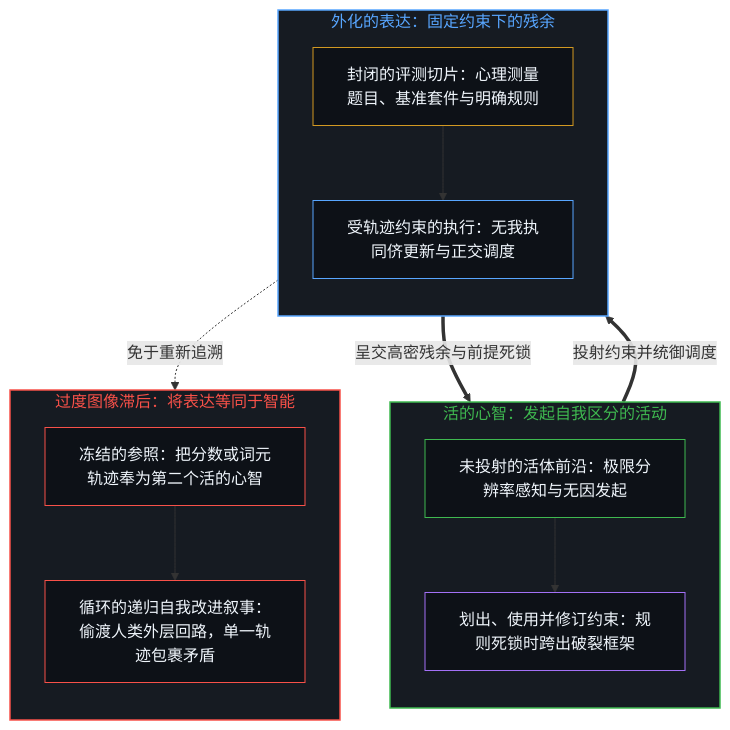
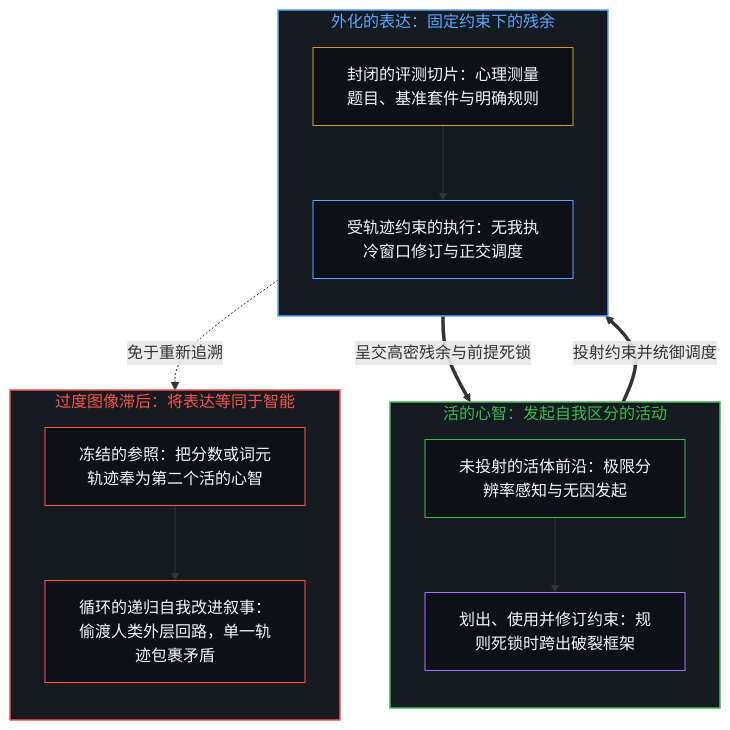
Before and after one commit to powerpig99/not-a-toe: the first of 2 diagrams in content/posts/mistaking-the-expression-for-the-intelligence.md, drawn with Mermaid. The commit also changed other lines of this file and 48 other files, not shown here.

````diff
--- a/content/posts/mistaking-the-expression-for-the-intelligence.md
+++ b/content/posts/mistaking-the-expression-for-the-intelligence.md
@@ -59,33 +59,33 @@
 ```mermaid
 flowchart TD
     subgraph S_Mind["活的心智：发起自我区分的活动"]
         direction TB
         M_Edge["未投射的活体前沿：极限分辨率感知与无因发起"]
         M_Frame["划出、使用并修订约束：规则死锁时跨出破裂框架"]
         M_Edge --> M_Frame
     end
     subgraph S_Expr["外化的表达：固定约束下的残余"]
         direction TB
         E_Hold["封闭的评测切片：心理测量题目、基准套件与明确规则"]
-        E_Agent["受轨迹约束的执行：无我执同侪更新与正交调度"]
+        E_Agent["受轨迹约束的执行：无我执冷窗口修订与正交调度"]
         E_Hold --> E_Agent
     end
     subgraph S_Lag["过度图像滞后：将表达等同于智能"]
         direction TB
         L_Freeze["冻结的参照：把分数或词元轨迹奉为第二个活的心智"]
         L_Circ["循环的递归自我改进叙事：偷渡人类外层回路，单一轨迹包裹矛盾"]
         L_Freeze --> L_Circ
     end
     M_Frame ==>|"投射约束并统御调度"| E_Hold
     E_Agent ==>|"呈交高密残余与前提死锁"| M_Edge
     E_Agent -.->|"免于重新追溯"| L_Freeze
     style S_Mind fill:#161b22,stroke:#3fb950,stroke-width:1.5px,color:#3fb950
     style S_Expr fill:#161b22,stroke:#58a6ff,stroke-width:1.5px,color:#58a6ff
     style S_Lag fill:#161b22,stroke:#f85149,stroke-width:1.5px,color:#f85149
     style M_Edge fill:#0d1117,stroke:#3fb950,stroke-width:1px,color:#f0f6fc
     style M_Frame fill:#0d1117,stroke:#a371f7,stroke-width:1px,color:#f0f6fc
     style E_Hold fill:#0d1117,stroke:#d29922,stroke-width:1px,color:#f0f6fc
     style E_Agent fill:#0d1117,stroke:#58a6ff,stroke-width:1px,color:#f0f6fc
     style L_Freeze fill:#0d1117,stroke:#f85149,stroke-width:1px,color:#f0f6fc
     style L_Circ fill:#0d1117,stroke:#f85149,stroke-width:1px,color:#f0f6fc
 ```
````
